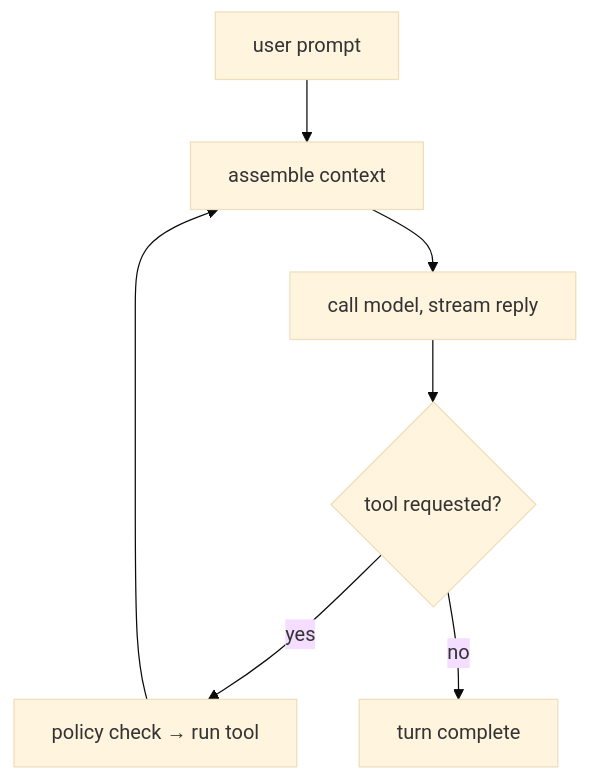
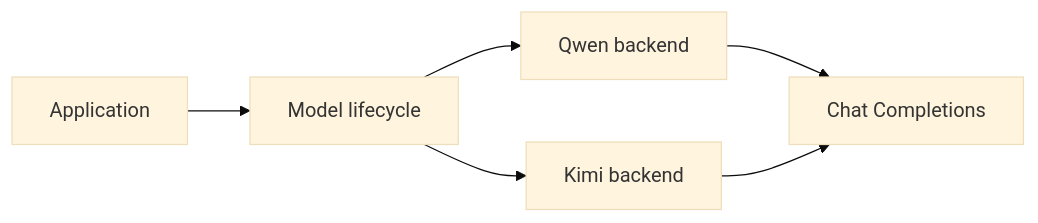
One commit to agentty-xyz/agentty changed the diagram in docs/site/content/docs/architecture/ag-harness-design.md. Above: the diagram before and after it, drawn with Mermaid (base theme). The commit also changed other lines of this file and 10 other files, not shown here.

First line of the commit message:
Kimi and Qwen share Chat Completions transport

````diff
--- a/docs/site/content/docs/architecture/ag-harness-design.md
+++ b/docs/site/content/docs/architecture/ag-harness-design.md
@@ -79,9 +12,8 @@
 ```mermaid
-flowchart TD
-    A[user prompt] --> B[assemble context]
-    B --> C[call model, stream reply]
-    C --> D{tool requested?}
-    D -- yes --> E[policy check → run tool]
-    E --> B
-    D -- no --> F[turn complete]
+flowchart LR
+    A[Application] --> M[Model lifecycle]
+    M --> Q[Qwen backend]
+    M --> K[Kimi backend]
+    Q --> C[Chat Completions]
+    K --> C
 ```
````
